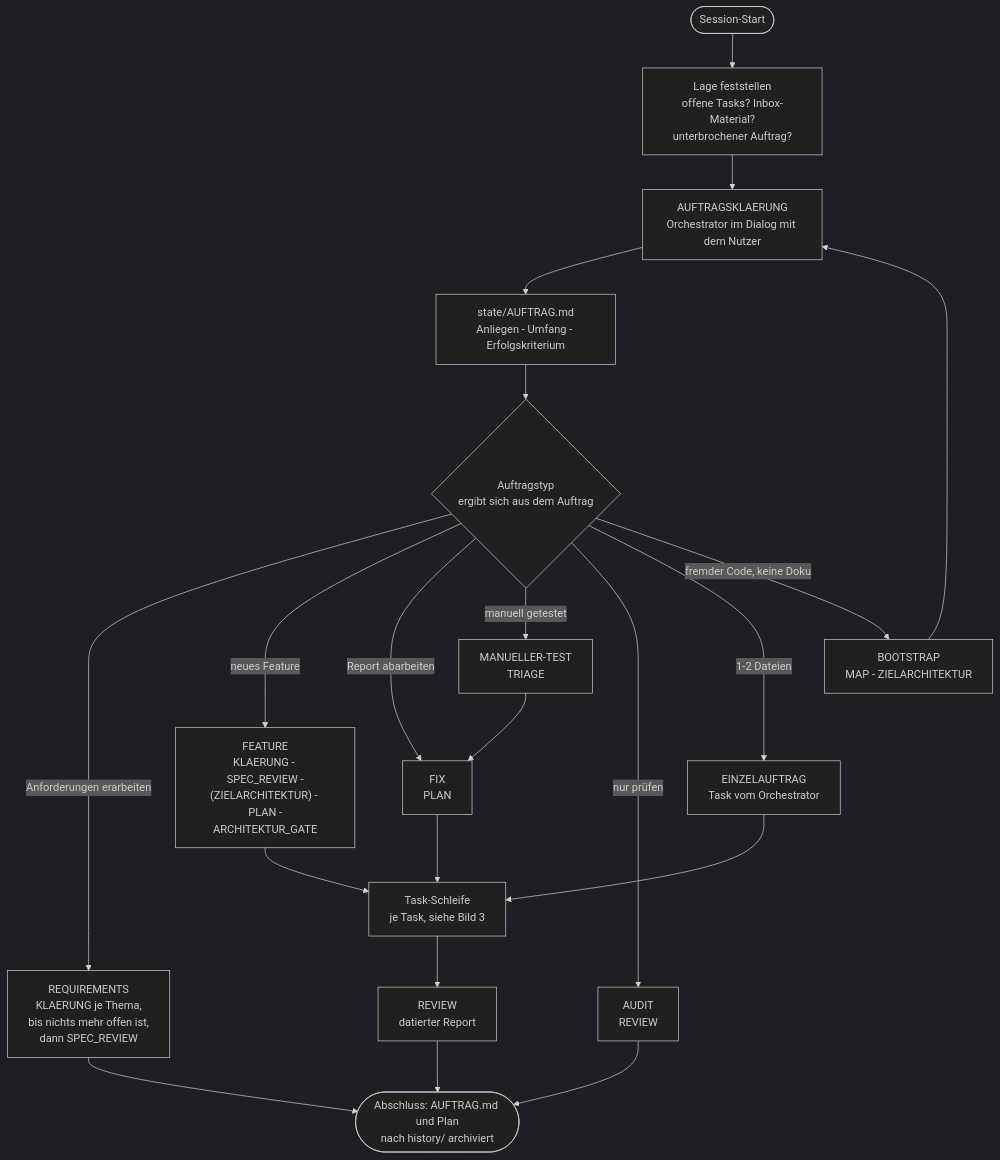
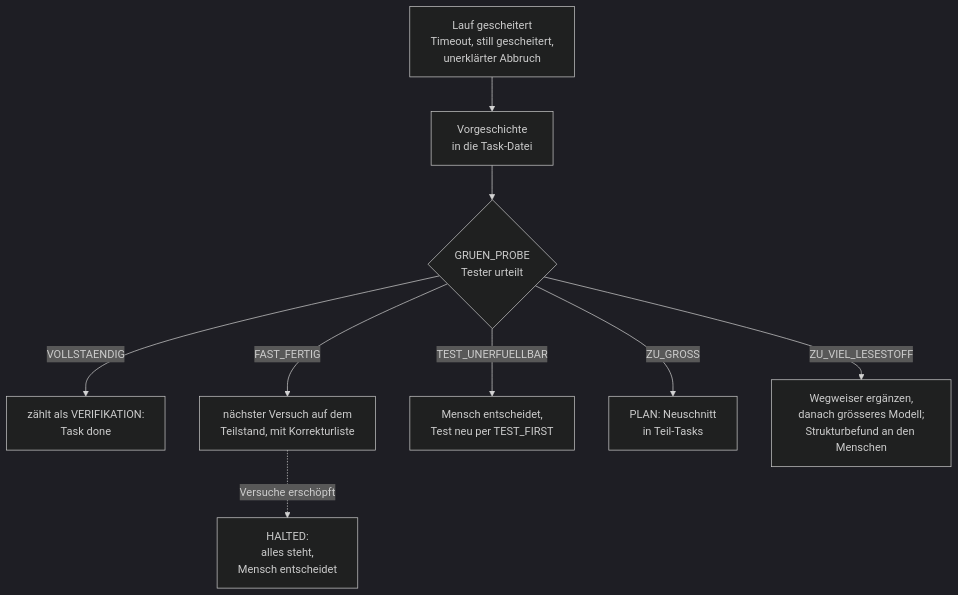
Before and after one commit to zzzk/agent-workflow: the sixth of 7 diagrams in AGENT_WORKFLOW.md, drawn with Mermaid (dark theme). The commit also changed other lines of this file and 8 other files, not shown here.

````diff
--- a/AGENT_WORKFLOW.md
+++ b/AGENT_WORKFLOW.md
@@ -87,26 +392,11 @@
 ```mermaid
 flowchart TD
-    S(["Session-Start"]) --> L["Lage feststellen<br/>offene Tasks? Inbox-Material?<br/>unterbrochener Auftrag?"]
-    L --> K["AUFTRAGSKLAERUNG<br/>Orchestrator im Dialog mit dem Nutzer"]
-    K --> AU["state/AUFTRAG.md<br/>Anliegen - Umfang - Erfolgskriterium"]
-    AU --> M{"Auftragstyp<br/>ergibt sich aus dem Auftrag"}
-
-    M -->|"Anforderungen erarbeiten"| RQ["REQUIREMENTS<br/>KLAERUNG je Thema,<br/>bis nichts mehr offen ist,<br/>dann SPEC_REVIEW"]
-    M -->|"neues Feature"| FE["FEATURE<br/>KLAERUNG - SPEC_REVIEW -<br/>(ZIELARCHITEKTUR) - PLAN -<br/>ARCHITEKTUR_GATE"]
-    M -->|"Report abarbeiten"| FI["FIX<br/>PLAN"]
-    M -->|"manuell getestet"| MT["MANUELLER-TEST<br/>TRIAGE"]
-    M -->|"nur prüfen"| AD["AUDIT<br/>REVIEW"]
-    M -->|"1-2 Dateien"| EA["EINZELAUFTRAG<br/>Task vom Orchestrator"]
-    M -->|"fremder Code, keine Doku"| BO["BOOTSTRAP<br/>MAP - ZIELARCHITEKTUR"]
-
-    FE --> TL["Task-Schleife<br/>je Task, siehe Bild 3"]
-    FI --> TL
-    MT --> FI
-    EA --> TL
-    TL --> RV["REVIEW<br/>datierter Report"]
-
-    RQ --> EN
-    AD --> EN
-    BO --> K
-    RV --> EN(["Abschluss: AUFTRAG.md und Plan<br/>nach history/ archiviert"])
+    TO["Lauf gescheitert<br/>Timeout, still gescheitert,<br/>unerklärter Abbruch"] --> V["Vorgeschichte<br/>in die Task-Datei"]
+    V --> GP{"GRUEN_PROBE<br/>Tester urteilt"}
+    GP -->|"VOLLSTAENDIG"| D["zählt als VERIFIKATION:<br/>Task done"]
+    GP -->|"FAST_FERTIG"| W["nächster Versuch auf dem<br/>Teilstand, mit Korrekturliste"]
+    GP -->|"TEST_UNERFUELLBAR"| M["Mensch entscheidet,<br/>Test neu per TEST_FIRST"]
+    GP -->|"ZU_GROSS"| NS["PLAN: Neuschnitt<br/>in Teil-Tasks"]
+    GP -->|"ZU_VIEL_LESESTOFF"| WW["Wegweiser ergänzen,<br/>danach grösseres Modell;<br/>Strukturbefund an den Menschen"]
+    W -.->|"Versuche erschöpft"| H["HALTED:<br/>alles steht,<br/>Mensch entscheidet"]
 ```
````
